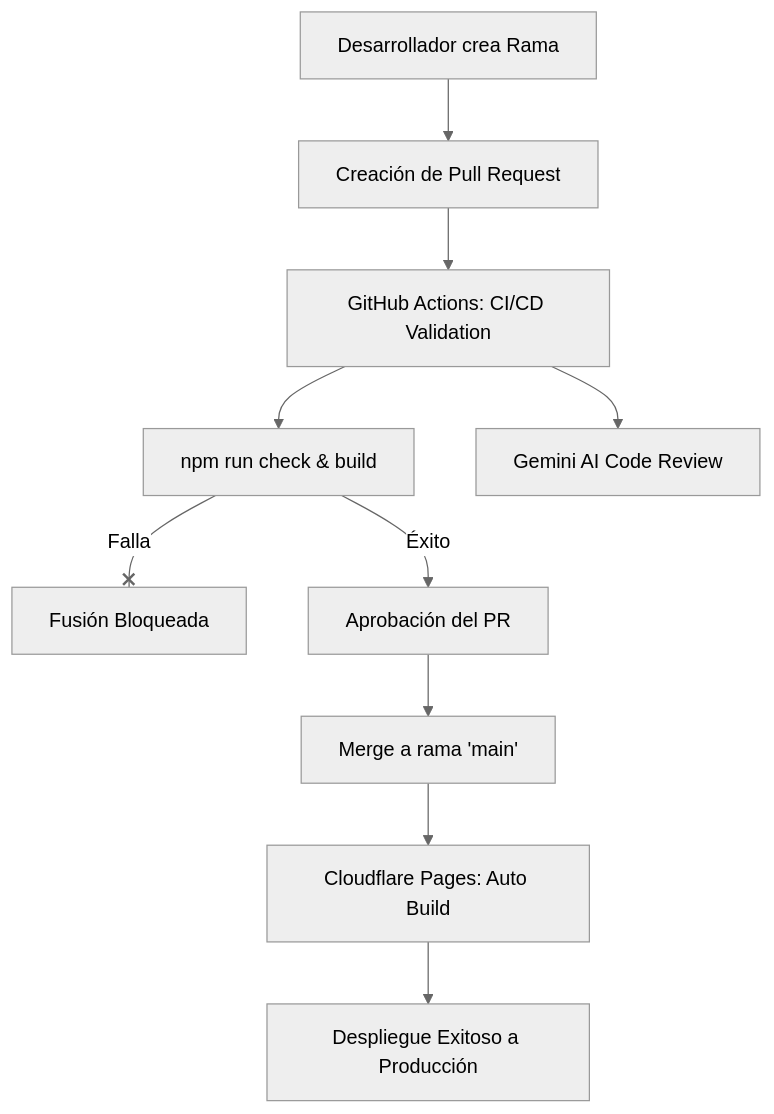
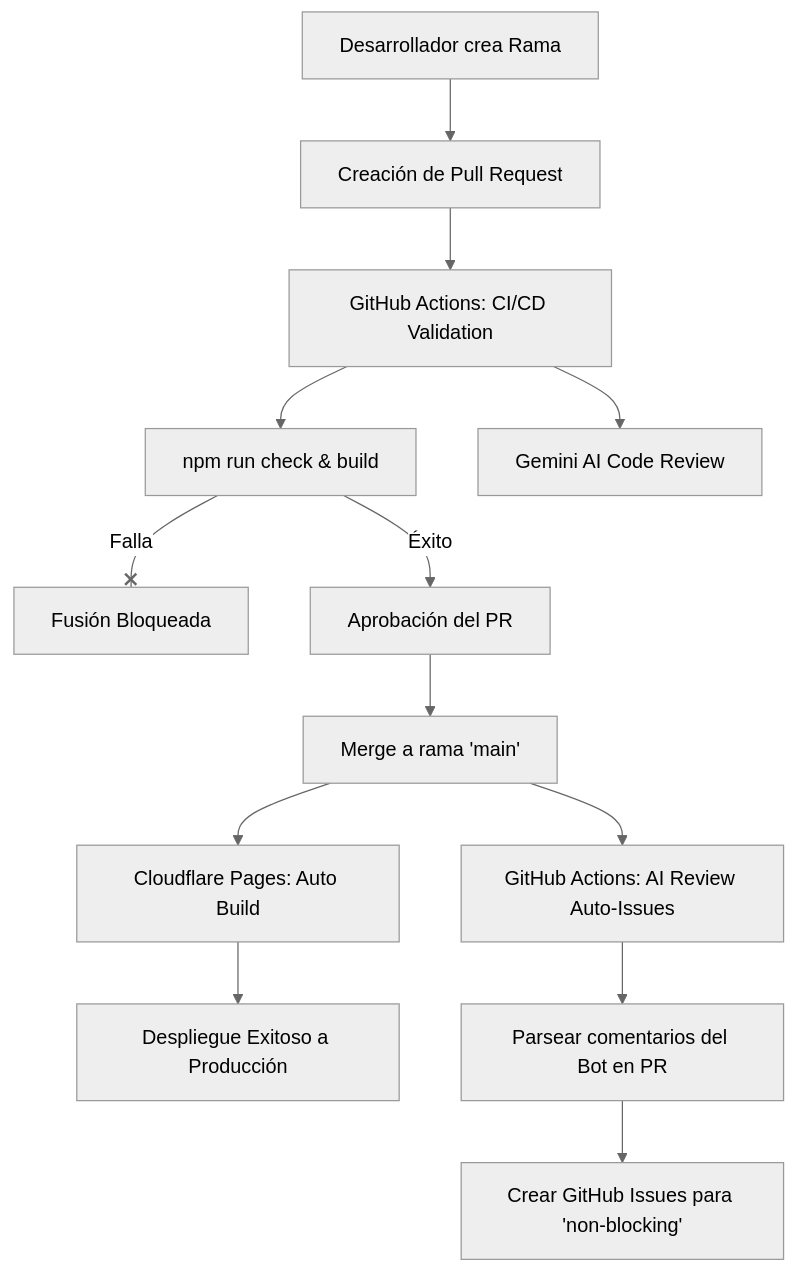
One commit to jorgelop1994/escal-ai-website changed the diagram in docs/ci-cd.md. Above: the diagram before and after it, drawn with Mermaid (neutral theme). The commit also changed other lines of this file and 5 other files, not shown here.

First line of the commit message:
Feature/ai review auto issues (#17)

````diff
--- a/docs/ci-cd.md
+++ b/docs/ci-cd.md
@@ -11,12 +11,17 @@
 ```mermaid
 graph TD
     A[Desarrollador crea Rama] --> B[Creación de Pull Request]
     B --> C[GitHub Actions: CI/CD Validation]
     C --> C1[npm run check & build]
     C --> C2[Gemini AI Code Review]
     C1 -- Falla --x D[Fusión Bloqueada]
     C1 -- Éxito --> E[Aprobación del PR]
     E --> F[Merge a rama 'main']
+    
     F --> G[Cloudflare Pages: Auto Build]
     G --> H[Despliegue Exitoso a Producción]
+    
+    F --> I[GitHub Actions: AI Review Auto-Issues]
+    I --> I1[Parsear comentarios del Bot en PR]
+    I1 --> I2[Crear GitHub Issues para 'non-blocking']
 ```
````
